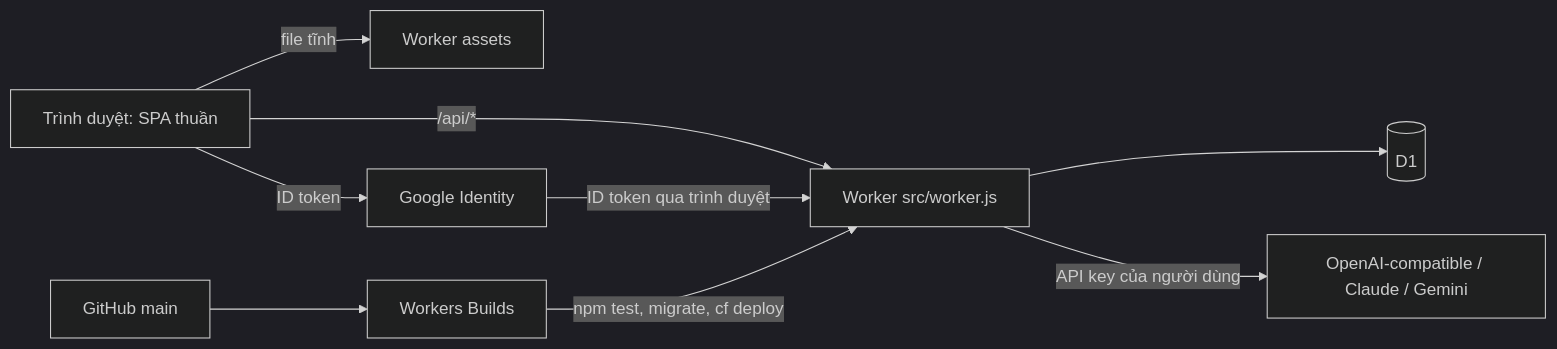
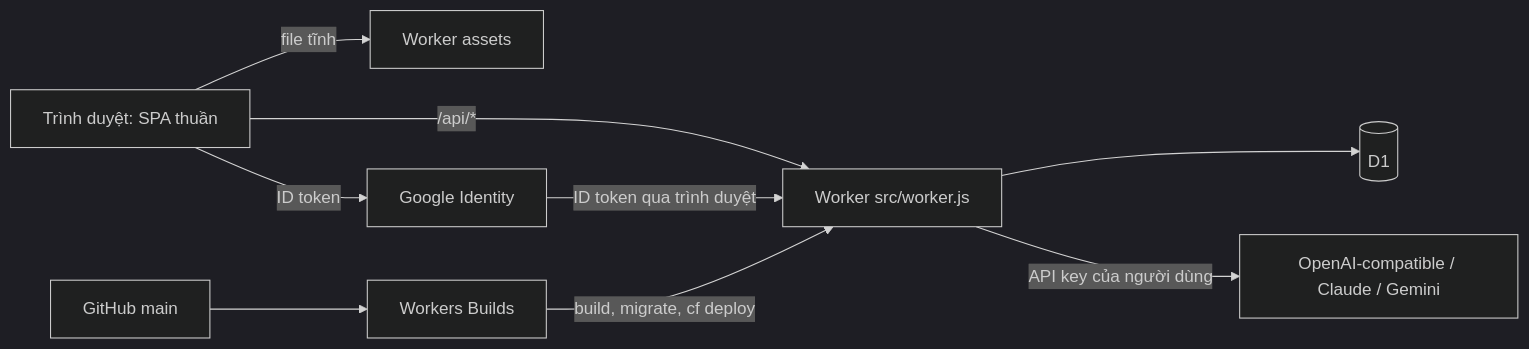
Before and after one commit to silent9669/VJ_BOT: the diagram in docs/ARCHITECTURE.md, drawn with Mermaid (dark theme). The commit also changed 11 other files, not shown here.

````diff
--- a/docs/ARCHITECTURE.md
+++ b/docs/ARCHITECTURE.md
@@ -5,11 +5,11 @@
 ```mermaid
 flowchart LR
   B[Trình duyệt: SPA thuần] -->|file tĩnh| A[Worker assets]
   B -->|/api/*| W[Worker src/worker.js]
   B -->|ID token| G[Google Identity]
   G -->|ID token qua trình duyệt| W
   W --> D[(D1)]
   W -->|API key của người dùng| P[OpenAI-compatible / Claude / Gemini]
   GH[GitHub main] --> WB[Workers Builds]
-  WB -->|npm test, migrate, cf deploy| W
+  WB -->|build, migrate, cf deploy| W
 ```
````
